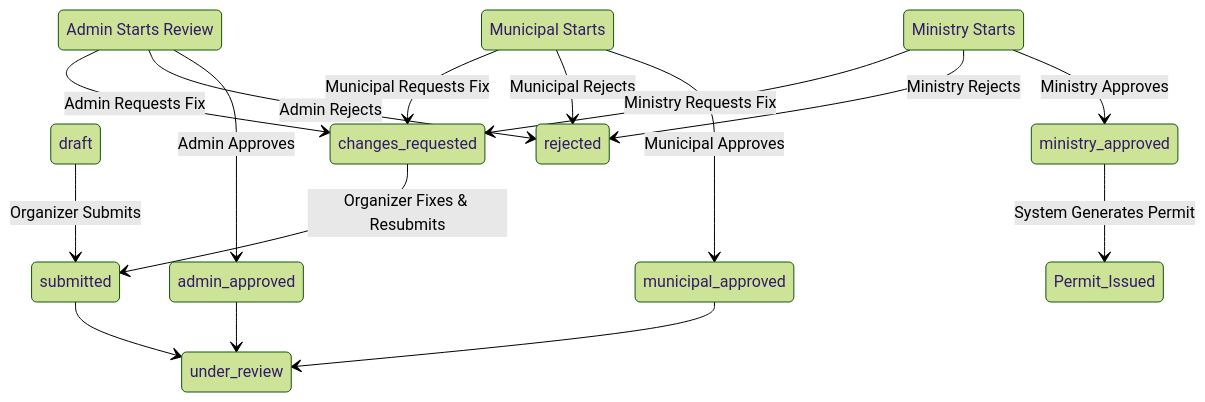
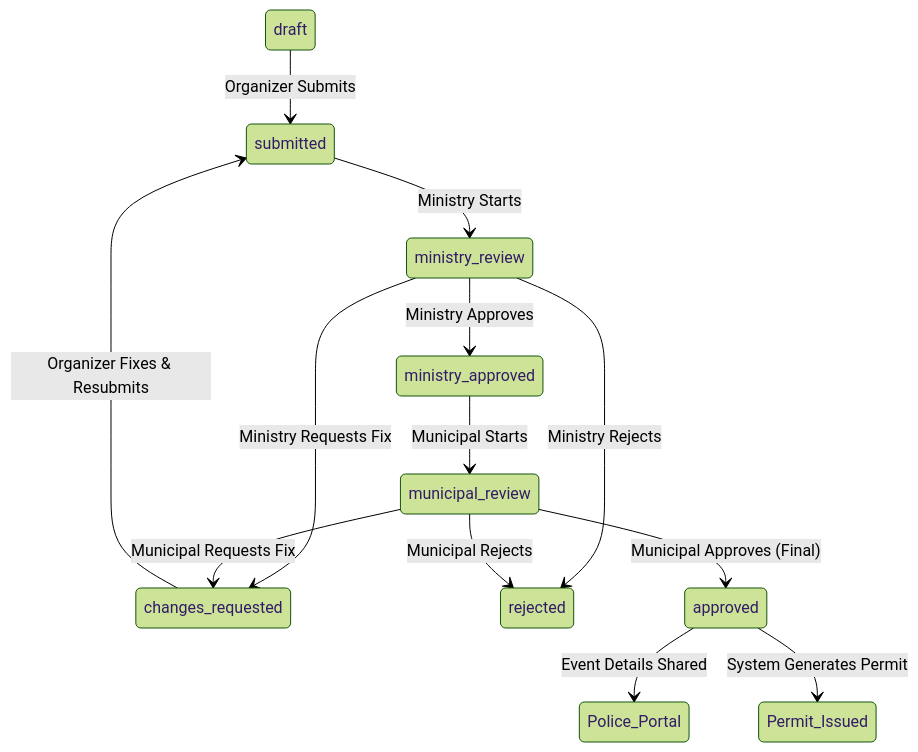
The diagram in government_proposal_workflow.md (Bini-2002/global-connect-ethiopia), drawn with Mermaid (forest theme) before and after one commit. The commit also changed other lines of this file and 8 other files, not shown here.

Commit message:
feat: Implement multi-stage proposal review process for ministry, municipal, and police roles with corresponding API endpoints and access controls.

````diff
--- a/government_proposal_workflow.md
+++ b/government_proposal_workflow.md
@@ -66,22 +59,18 @@
 ```mermaid
 stateDiagram-v2
     draft --> submitted: Organizer Submits
     
-    submitted --> under_review (Admin): Admin Starts Review
-    under_review (Admin) --> changes_requested: Admin Requests Fix
+    submitted --> ministry_review: Ministry Starts
+    ministry_review --> changes_requested: Ministry Requests Fix
     changes_requested --> submitted: Organizer Fixes & Resubmits
-    under_review (Admin) --> rejected: Admin Rejects
-    under_review (Admin) --> admin_approved: Admin Approves
+    ministry_review --> rejected: Ministry Rejects
+    ministry_review --> ministry_approved: Ministry Approves
 
-    admin_approved --> under_review (Municipal): Municipal Starts
-    under_review (Municipal) --> changes_requested: Municipal Requests Fix
-    under_review (Municipal) --> rejected: Municipal Rejects
-    under_review (Municipal) --> municipal_approved: Municipal Approves
+    ministry_approved --> municipal_review: Municipal Starts
+    municipal_review --> changes_requested: Municipal Requests Fix
+    municipal_review --> rejected: Municipal Rejects
+    municipal_review --> approved: Municipal Approves (Final)
 
-    municipal_approved --> under_review (Ministry): Ministry Starts
-    under_review (Ministry) --> changes_requested: Ministry Requests Fix
-    under_review (Ministry) --> rejected: Ministry Rejects
-    under_review (Ministry) --> ministry_approved: Ministry Approves
-    
-    ministry_approved --> Permit_Issued: System Generates Permit
+    approved --> Police_Portal: Event Details Shared
+    approved --> Permit_Issued: System Generates Permit
 ```
````
